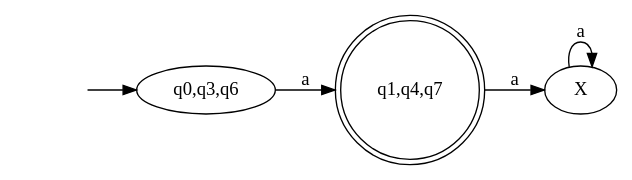
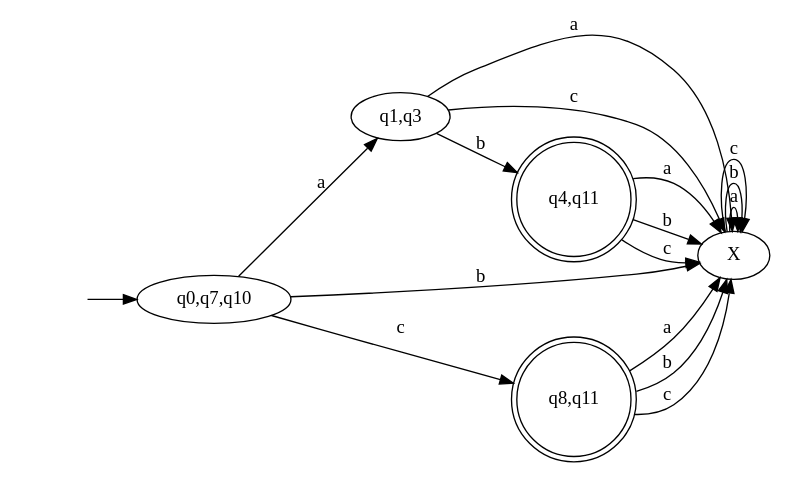
Before and after one commit to Squarific/TalenEnAutomaten: the diagram in step2.gv, drawn with Graphviz. The commit also changed 5 other files, not shown here.

```diff
--- a/step2.gv
+++ b/step2.gv
@@ -1,9 +1,22 @@
 digraph g{
 	rankdir=LR
 	-1[style="invis"];
-	-1->"q0,q3,q6";
-	"q0,q3,q6"->"q1,q4,q7"[label="a"];
-	"q1,q4,q7"[shape="doublecircle"];
-	"q1,q4,q7"->"X"[label="a"];
+	-1->"q0,q7,q10";
+	"q0,q7,q10"->"q1,q3"[label="a"];
+	"q0,q7,q10"->"X"[label="b"];
+	"q0,q7,q10"->"q8,q11"[label="c"];
+	"q1,q3"->"X"[label="a"];
+	"q1,q3"->"q4,q11"[label="b"];
+	"q1,q3"->"X"[label="c"];
+	"q8,q11"[shape="doublecircle"];
+	"q8,q11"->"X"[label="a"];
+	"q8,q11"->"X"[label="b"];
+	"q8,q11"->"X"[label="c"];
+	"q4,q11"[shape="doublecircle"];
+	"q4,q11"->"X"[label="a"];
+	"q4,q11"->"X"[label="b"];
+	"q4,q11"->"X"[label="c"];
 	"X"->"X"[label="a"];
+	"X"->"X"[label="b"];
+	"X"->"X"[label="c"];
 }
```
